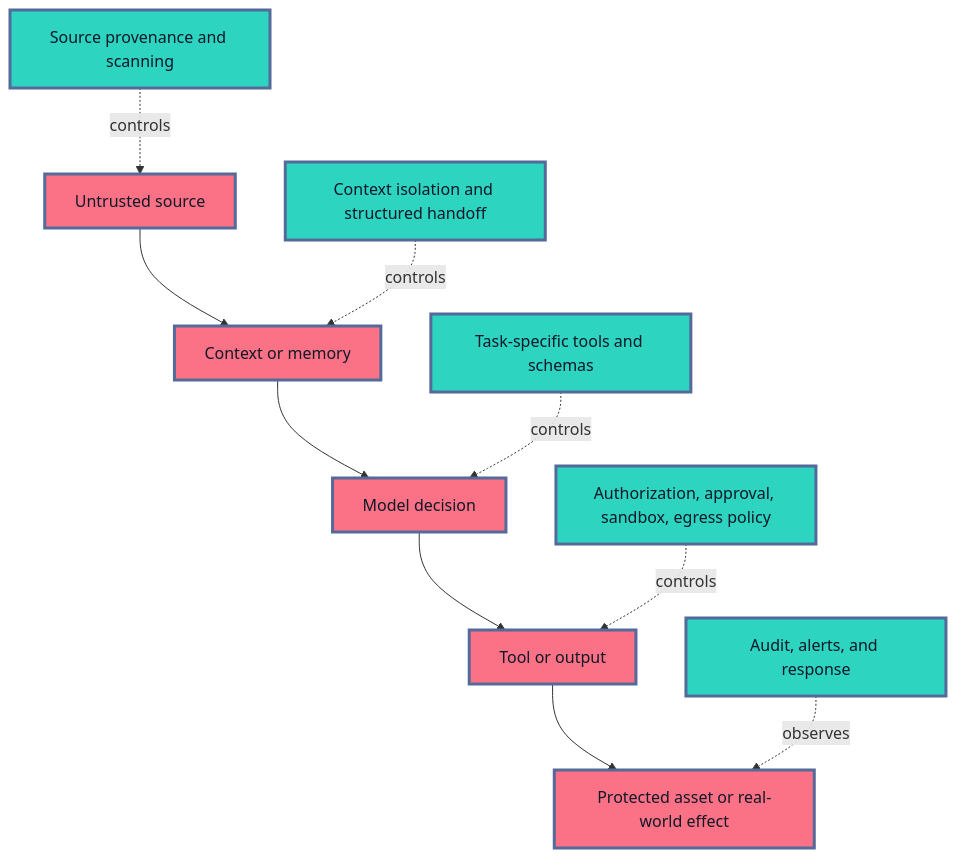
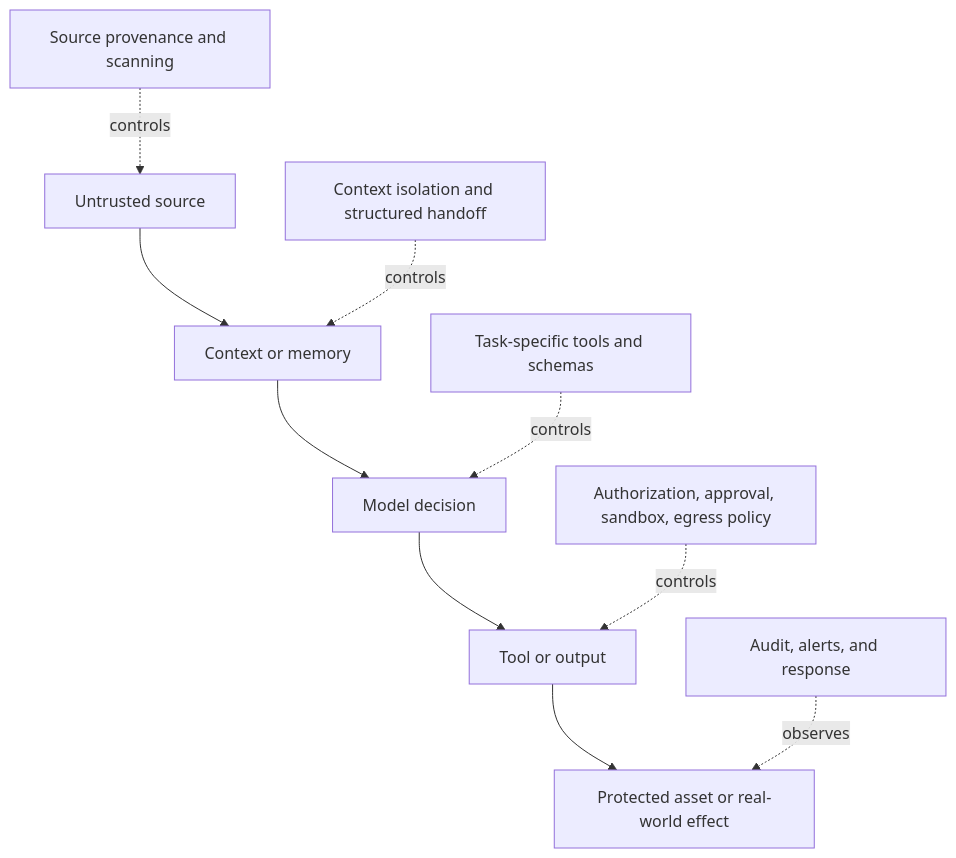
Before and after one commit to senlinyy/dev-roadmaps: the third of 3 diagrams in roadmaps/mlops/modules/llmops/safety-and-governance/01-prompt-injection.md, drawn with Mermaid. The commit also changed other lines of this file and 152 other files, not shown here.

Commit message:
feat: mlops and diagrams updated

````diff
--- a/roadmaps/mlops/modules/llmops/safety-and-governance/01-prompt-injection.md
+++ b/roadmaps/mlops/modules/llmops/safety-and-governance/01-prompt-injection.md
@@ -177,18 +169,16 @@
 ```mermaid
 flowchart TD
     A["Untrusted source"] --> B["Context or memory"]
     B --> C["Model decision"]
     C --> D["Tool or output"]
     D --> E["Protected asset or real-world effect"]
 
     F["Source provenance and scanning"] -. controls .-> A
     G["Context isolation and structured handoff"] -. controls .-> B
     H["Task-specific tools and schemas"] -. controls .-> C
     I["Authorization, approval, sandbox, egress policy"] -. controls .-> D
     J["Audit, alerts, and response"] -. observes .-> E
 
-    classDef path fill:#FB7185,stroke:#536A9A,stroke-width:3px,color:#111827
-    classDef defence fill:#2DD4BF,stroke:#536A9A,stroke-width:3px,color:#0F172A
     class A,B,C,D,E path
     class F,G,H,I,J defence
 ```
````
